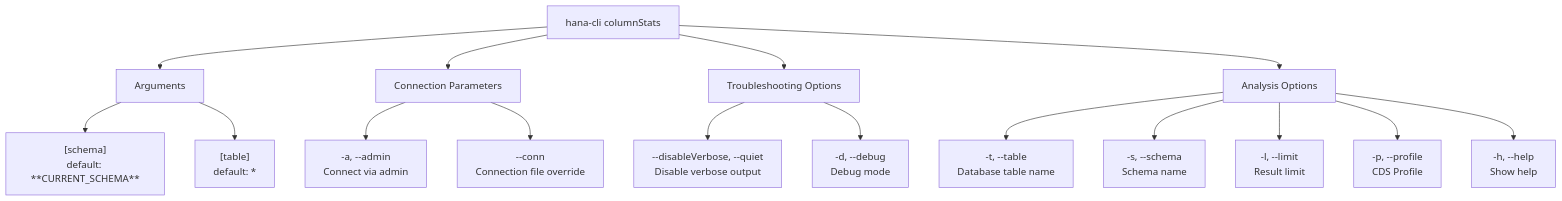
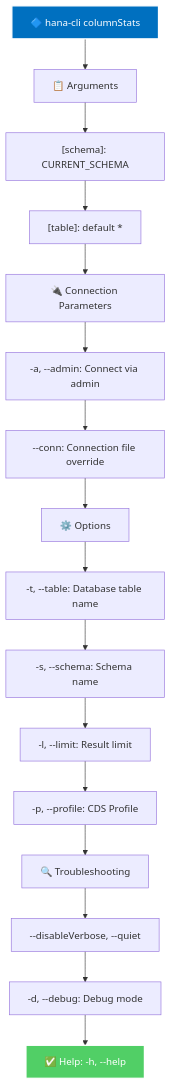
One commit to SAP-samples/hana-developer-cli-tool-example changed the diagram in docs/02-commands/analysis-tools/column-stats.md. Above: the diagram before and after it, drawn with Mermaid. The commit also changed 14 other files, not shown here.

Commit message:
feat: Enhance documentation with Mermaid diagrams for analysis tools; update command structures and styling

````diff
--- a/docs/02-commands/analysis-tools/column-stats.md
+++ b/docs/02-commands/analysis-tools/column-stats.md
@@ -247,22 +247,22 @@
 ```mermaid
 graph TD
-    A["hana-cli columnStats"] --> B["Arguments"]
-    A --> C["Connection Parameters"]
-    A --> D["Troubleshooting Options"]
-    A --> E["Analysis Options"]
+    A["🔷 hana-cli columnStats"]
+    A --> B["📋 Arguments"]
+    B --> B1["[schema]: CURRENT_SCHEMA"]
+    B1 --> B2["[table]: default *"]
+    B2 --> C["🔌 Connection Parameters"]
+    C --> C1["-a, --admin: Connect via admin"]
+    C1 --> C2["--conn: Connection file override"]
+    C2 --> D["⚙️ Options"]
+    D --> D1["-t, --table: Database table name"]
+    D1 --> D2["-s, --schema: Schema name"]
+    D2 --> D3["-l, --limit: Result limit"]
+    D3 --> D4["-p, --profile: CDS Profile"]
+    D4 --> E["🔍 Troubleshooting"]
+    E --> E1["--disableVerbose, --quiet"]
+    E1 --> E2["-d, --debug: Debug mode"]
+    E2 --> F["✅ Help: -h, --help"]
     
-    B --> B1["[schema]<br/>default: **CURRENT_SCHEMA**"]
-    B --> B2["[table]<br/>default: *"]
-    
-    C --> C1["-a, --admin<br/>Connect via admin"]
-    C --> C2["--conn<br/>Connection file override"]
-    
-    D --> D1["--disableVerbose, --quiet<br/>Disable verbose output"]
-    D --> D2["-d, --debug<br/>Debug mode"]
-    
-    E --> E1["-t, --table<br/>Database table name"]
-    E --> E2["-s, --schema<br/>Schema name"]
-    E --> E3["-l, --limit<br/>Result limit"]
-    E --> E4["-p, --profile<br/>CDS Profile"]
-    E --> E5["-h, --help<br/>Show help"]
+    style A fill:#0070C0,color:#fff,stroke:#fff,stroke-width:2px
+    style F fill:#51CF66,color:#fff,stroke:#fff,stroke-width:2px
 ```
````
